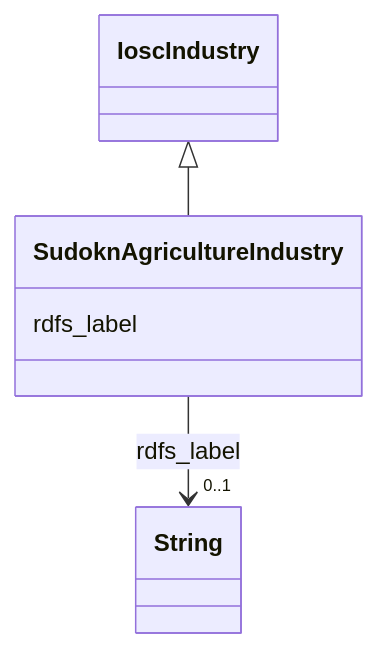
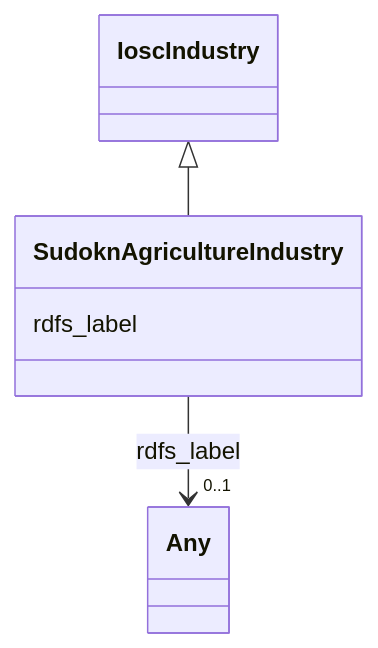
The diagram in sudokn-kg/classes/SudoknAgricultureIndustry.md (frink-okn/graph-descriptions), drawn with Mermaid before and after one commit. The commit also changed other lines of this file and 903 other files, not shown here.

````diff
--- a/sudokn-kg/classes/SudoknAgricultureIndustry.md
+++ b/sudokn-kg/classes/SudoknAgricultureIndustry.md
@@ -23,18 +18,18 @@
 ```mermaid
  classDiagram
     class SudoknAgricultureIndustry
     click SudoknAgricultureIndustry href "../SudoknAgricultureIndustry"
       IoscIndustry <|-- SudoknAgricultureIndustry
         click IoscIndustry href "../IoscIndustry"
       
       SudoknAgricultureIndustry : rdfs_label
         
           
     
     
-    SudoknAgricultureIndustry --> "0..1" String : rdfs_label
-    click String href "../String"
+    SudoknAgricultureIndustry --> "0..1" Any : rdfs_label
+    click Any href "../Any"
 
         
       
 ```
````
